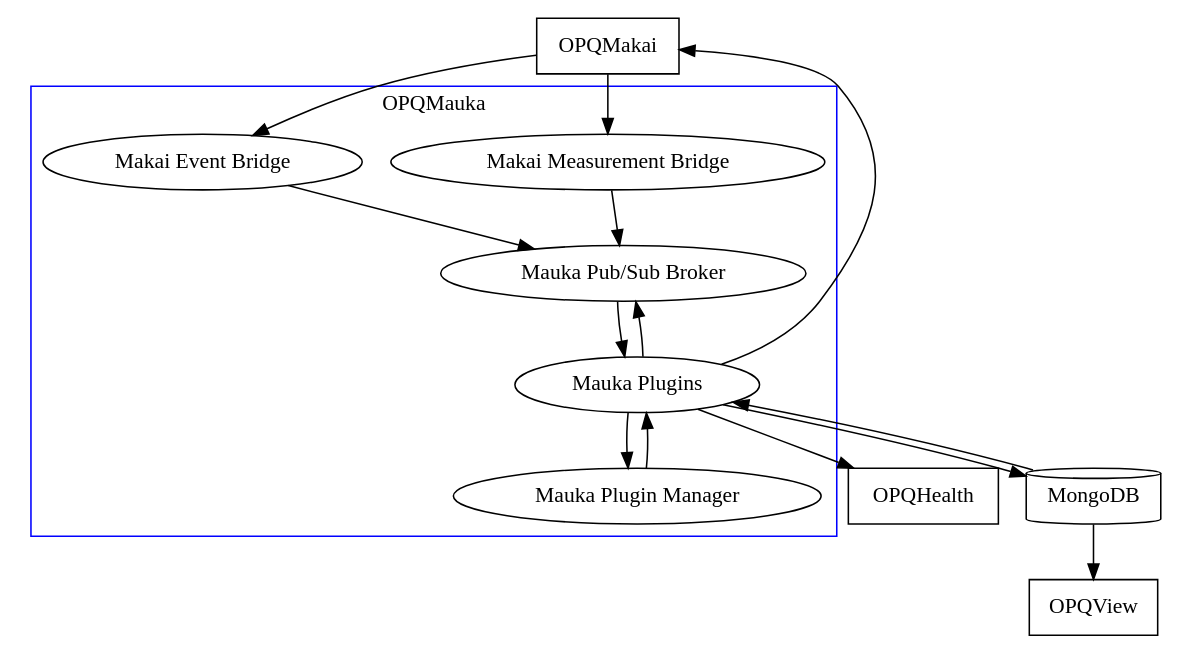
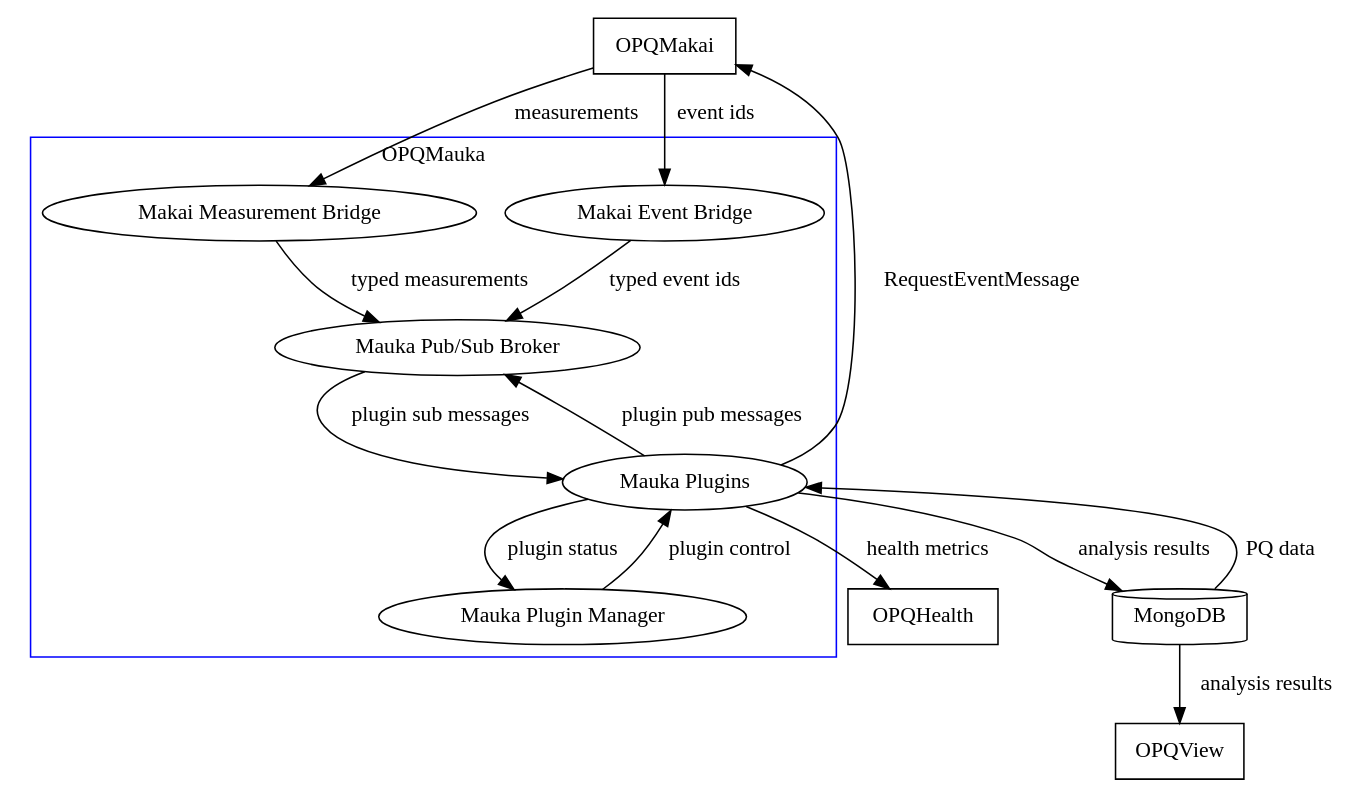
The diagram in mauka/diagrams/mauka_integration_diagram.dot (openpowerquality/opq), drawn with Graphviz before and after one commit. The commit also changed 1 other file, not shown here.

Commit message:
Update integration diagrams for Mauka.

```diff
--- a/mauka/diagrams/mauka_integration_diagram.dot
+++ b/mauka/diagrams/mauka_integration_diagram.dot
@@ -1,35 +1,35 @@
 digraph mauka_services_diagram {
     OPQMakai[shape=box];
 
     subgraph cluster_mauka {
         label="OPQMauka";
         MakaiMeasurementBridge [label="Makai Measurement Bridge"];
         MakaiEventBridge [label="Makai Event Bridge"];
         PubSubBroker [label="Mauka Pub/Sub Broker"];
         MaukaPlugins [label="Mauka Plugins"];
         MaukaPluginManager [label="Mauka Plugin Manager"];
         color=blue;
 
-        MakaiMeasurementBridge -> PubSubBroker
-        MakaiEventBridge -> PubSubBroker
-        PubSubBroker -> MaukaPlugins
-        MaukaPlugins -> PubSubBroker
-        MaukaPlugins -> MaukaPluginManager
-        MaukaPluginManager -> MaukaPlugins
+        MakaiMeasurementBridge -> PubSubBroker [label="typed measurements"]
+        MakaiEventBridge -> PubSubBroker [label="typed event ids"]
+        PubSubBroker -> MaukaPlugins [label="plugin sub messages"]
+        MaukaPlugins -> PubSubBroker [label="plugin pub messages"]
+        MaukaPlugins -> MaukaPluginManager [label="plugin status"]
+        MaukaPluginManager -> MaukaPlugins [label="plugin control"]
     }
 
-    OPQMakai -> MakaiMeasurementBridge
-    OPQMakai -> MakaiEventBridge
+    OPQMakai -> MakaiMeasurementBridge [label="measurements"]
+    OPQMakai -> MakaiEventBridge [label="event ids"]
 
     OPQHealth[shape=box];
     OPQView[shape=box]
     MongoDB[shape=cylinder];
 
-    MaukaPlugins -> MongoDB
-    MongoDB -> MaukaPlugins
-    MaukaPlugins -> OPQHealth
+    MaukaPlugins -> MongoDB [label="analysis results"]
+    MongoDB -> MaukaPlugins [label="PQ data"]
+    MaukaPlugins -> OPQHealth [label="health metrics"]
 
-    MongoDB -> OPQView
+    MongoDB -> OPQView [label="analysis results"]
 
-    MaukaPlugins -> OPQMakai
+    MaukaPlugins -> OPQMakai [label="RequestEventMessage"]
 }
```
